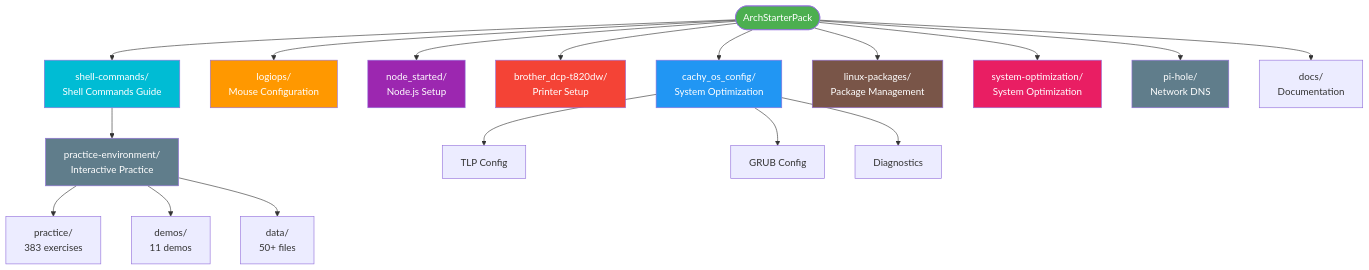
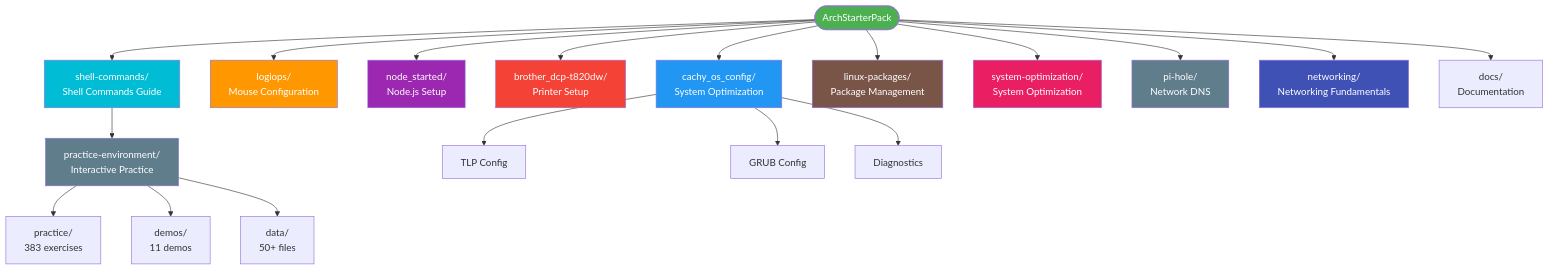
The first of 3 diagrams in README.md (cjmaaz/ArchStarterPack), drawn with Mermaid before and after one commit. The commit also changed other lines of this file and 35 other files, not shown here.

````diff
--- a/README.md
+++ b/README.md
@@ -693,32 +717,34 @@
 ```mermaid
 graph TD
     Root([ArchStarterPack]) --> Module1[cachy_os_config/<br/>System Optimization]
     Root --> Module2[logiops/<br/>Mouse Configuration]
     Root --> Module3[node_started/<br/>Node.js Setup]
     Root --> Module4[brother_dcp-t820dw/<br/>Printer Setup]
     Root --> Module5[shell-commands/<br/>Shell Commands Guide]
     Root --> Module6[linux-packages/<br/>Package Management]
     Root --> Module7[system-optimization/<br/>System Optimization]
     Root --> Module8[pi-hole/<br/>Network DNS]
+    Root --> Module9[networking/<br/>Networking Fundamentals]
     Root --> Docs[docs/<br/>Documentation]
 
     Module5 --> PracticeEnv[practice-environment/<br/>Interactive Practice]
     PracticeEnv --> Practice[practice/<br/>383 exercises]
     PracticeEnv --> Demos[demos/<br/>11 demos]
     PracticeEnv --> Data[data/<br/>50+ files]
 
     Module1 --> Config1[TLP Config]
     Module1 --> Config2[GRUB Config]
     Module1 --> Diag[Diagnostics]
 
     style Root fill:#4caf50,color:#fff
     style Module1 fill:#2196f3,color:#fff
     style Module2 fill:#ff9800,color:#fff
     style Module3 fill:#9c27b0,color:#fff
     style Module4 fill:#f44336,color:#fff
     style Module5 fill:#00bcd4,color:#fff
     style Module6 fill:#795548,color:#fff
     style Module7 fill:#e91e63,color:#fff
     style Module8 fill:#607d8b,color:#fff
+    style Module9 fill:#3f51b5,color:#fff
     style PracticeEnv fill:#607d8b,color:#fff
 ```
````
